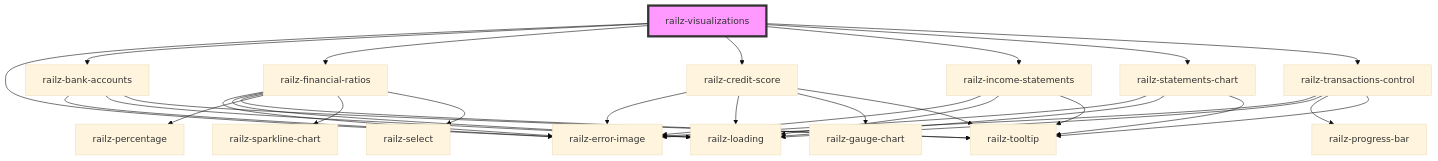
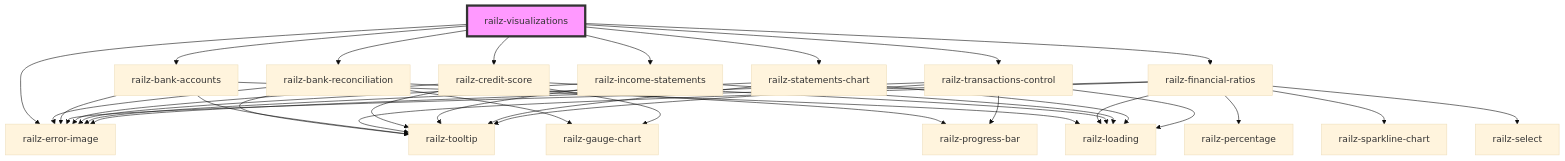
One commit to railz-ai/railz-visualizations changed the diagram in packages/components/src/elements/core/readme.md. Above: the diagram before and after it, drawn with Mermaid (base theme). The commit also changed other lines of this file and 9 other files, not shown here.

Commit message:
feat: update bank reconciliation error messages to correct values

````diff
--- a/packages/components/src/elements/core/readme.md
+++ b/packages/components/src/elements/core/readme.md
@@ -27,34 +28,39 @@
 ```mermaid
 graph TD;
   railz-visualizations --> railz-error-image
+  railz-visualizations --> railz-bank-reconciliation
   railz-visualizations --> railz-bank-accounts
   railz-visualizations --> railz-financial-ratios
   railz-visualizations --> railz-credit-score
   railz-visualizations --> railz-income-statements
   railz-visualizations --> railz-statements-chart
   railz-visualizations --> railz-transactions-control
+  railz-bank-reconciliation --> railz-error-image
+  railz-bank-reconciliation --> railz-tooltip
+  railz-bank-reconciliation --> railz-gauge-chart
+  railz-bank-reconciliation --> railz-progress-bar
   railz-bank-accounts --> railz-error-image
   railz-bank-accounts --> railz-loading
   railz-bank-accounts --> railz-tooltip
   railz-financial-ratios --> railz-error-image
   railz-financial-ratios --> railz-loading
   railz-financial-ratios --> railz-tooltip
   railz-financial-ratios --> railz-percentage
   railz-financial-ratios --> railz-sparkline-chart
   railz-financial-ratios --> railz-select
   railz-credit-score --> railz-error-image
   railz-credit-score --> railz-loading
   railz-credit-score --> railz-gauge-chart
   railz-credit-score --> railz-tooltip
   railz-income-statements --> railz-error-image
   railz-income-statements --> railz-loading
   railz-income-statements --> railz-tooltip
   railz-statements-chart --> railz-error-image
   railz-statements-chart --> railz-loading
   railz-statements-chart --> railz-tooltip
   railz-transactions-control --> railz-error-image
   railz-transactions-control --> railz-loading
   railz-transactions-control --> railz-progress-bar
   railz-transactions-control --> railz-tooltip
   style railz-visualizations fill:#f9f,stroke:#333,stroke-width:4px
 ```
````
